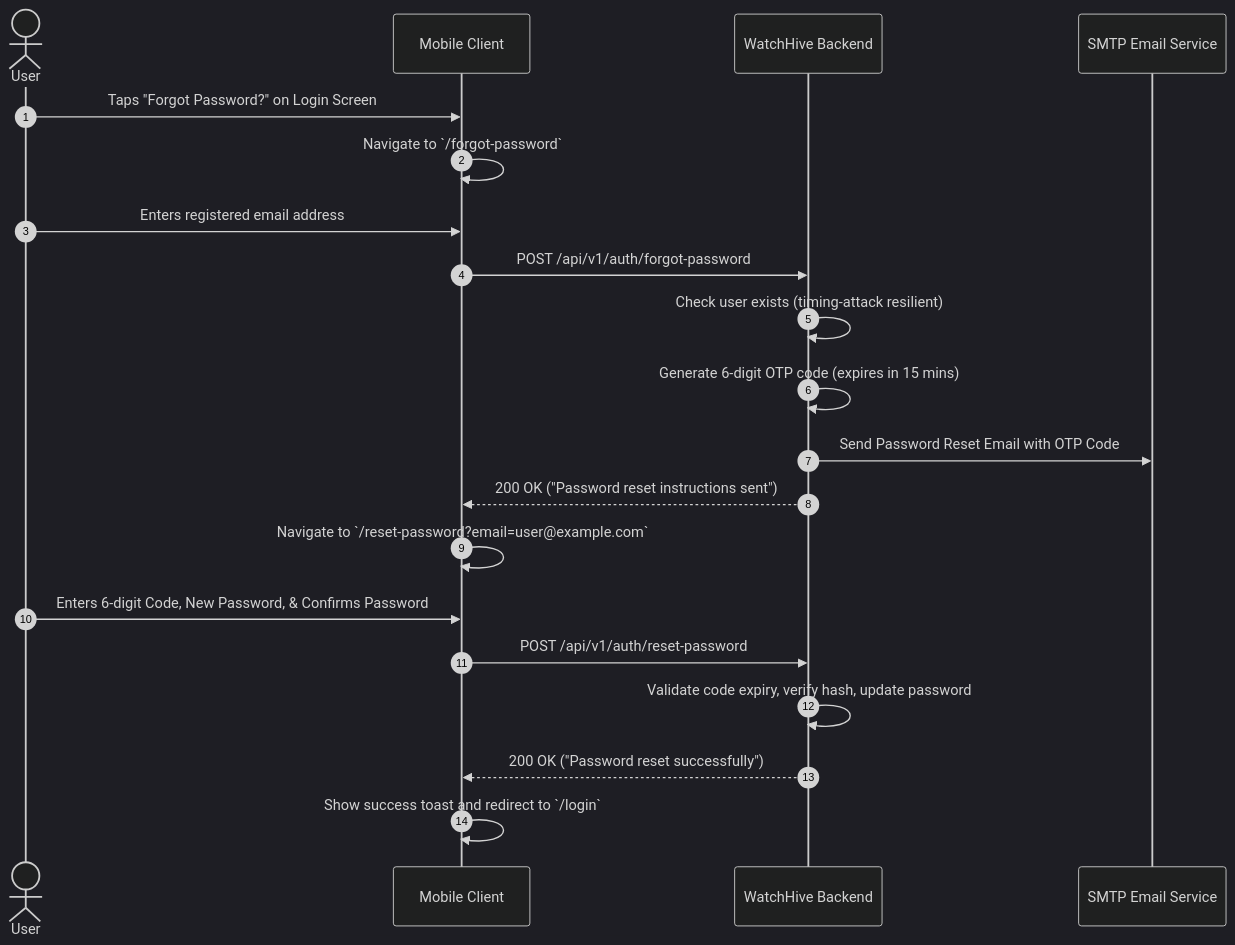
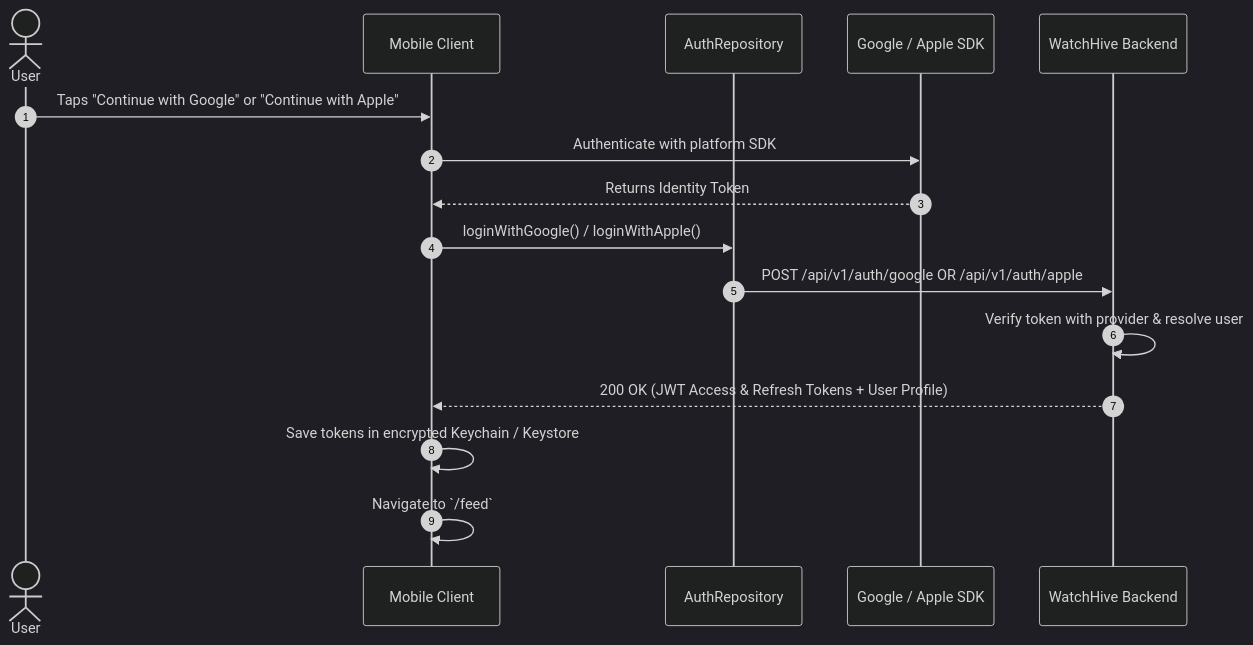
One commit to dasamantaraoaditya/WatchHive-Mobile changed the third of 4 diagrams in docs/ARCHITECTURE.md. Above: the diagram before and after it, drawn with Mermaid (dark theme). The commit also changed other lines of this file and 10 other files, not shown here.

Commit message:
feat(legal): add Terms of Service web link, full GDPR export repository method, and enhanced privacy disclosures

````diff
--- a/docs/ARCHITECTURE.md
+++ b/docs/ARCHITECTURE.md
@@ -88,23 +88,19 @@
 ```mermaid
 sequenceDiagram
     autonumber
     actor User
     participant App as Mobile Client
+    participant AuthRepo as AuthRepository
+    participant SSO as Google / Apple SDK
     participant API as WatchHive Backend
-    participant Mail as SMTP Email Service
 
-    User->>App: Taps "Forgot Password?" on Login Screen
-    App->>App: Navigate to `/forgot-password`
-    User->>App: Enters registered email address
-    App->>API: POST /api/v1/auth/forgot-password
-    API->>API: Check user exists (timing-attack resilient)
-    API->>API: Generate 6-digit OTP code (expires in 15 mins)
-    API->>Mail: Send Password Reset Email with OTP Code
-    API-->>App: 200 OK ("Password reset instructions sent")
-    App->>App: Navigate to `/reset-password?email=user@example.com`
-    User->>App: Enters 6-digit Code, New Password, & Confirms Password
-    App->>API: POST /api/v1/auth/reset-password
-    API->>API: Validate code expiry, verify hash, update password
-    API-->>App: 200 OK ("Password reset successfully")
-    App->>App: Show success toast and redirect to `/login`
+    User->>App: Taps "Continue with Google" or "Continue with Apple"
+    App->>SSO: Authenticate with platform SDK
+    SSO-->>App: Returns Identity Token
+    App->>AuthRepo: loginWithGoogle() / loginWithApple()
+    AuthRepo->>API: POST /api/v1/auth/google OR /api/v1/auth/apple
+    API->>API: Verify token with provider & resolve user
+    API-->>App: 200 OK (JWT Access & Refresh Tokens + User Profile)
+    App->>App: Save tokens in encrypted Keychain / Keystore
+    App->>App: Navigate to `/feed`
 ```
````
